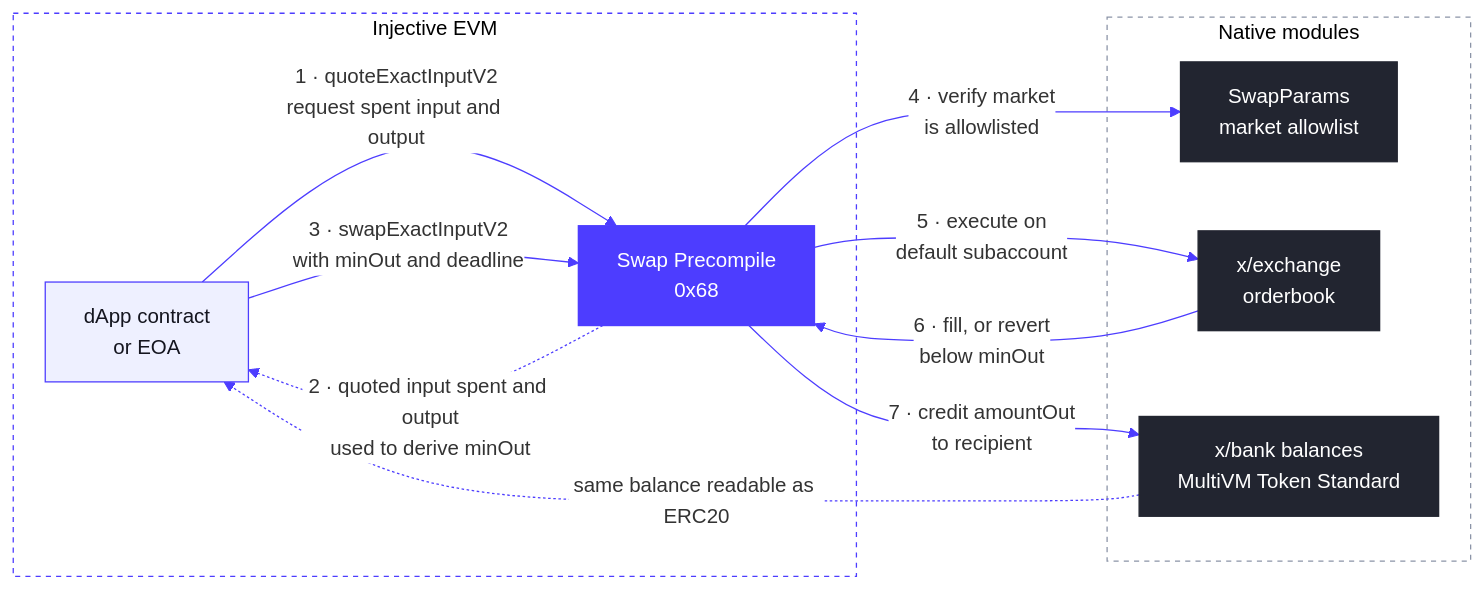
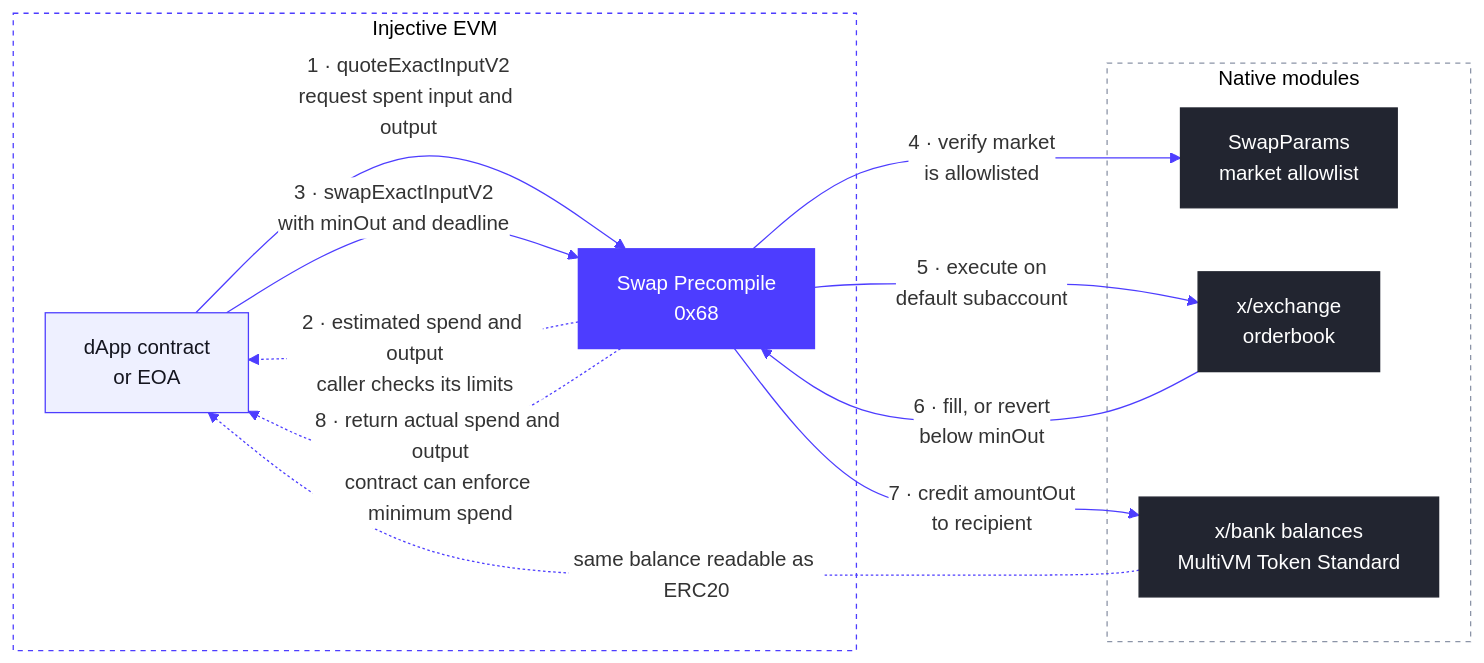
The diagram in .gitbook/developers-evm/swap-precompile.mdx (InjectiveLabs/injective-docs), drawn with Mermaid before and after one commit. The commit also changed other lines of this file and 6 other files, not shown here.

````diff
--- a/.gitbook/developers-evm/swap-precompile.mdx
+++ b/.gitbook/developers-evm/swap-precompile.mdx
@@ -28,30 +28,31 @@
 ```mermaid
 %%{init: {"theme": "base", "themeVariables": {"background": "#FFFFFF", "primaryColor": "#FFFFFF", "lineColor": "#4D3DFF", "textColor": "#14151F"}}}%%
 flowchart LR
     subgraph EVM["Injective EVM"]
         CALLER["dApp contract<br/>or EOA"]
         SWAP["Swap Precompile<br/>0x68"]
     end
     subgraph NATIVE["Native modules"]
         PARAMS["SwapParams<br/>market allowlist"]
         EXCH["x/exchange<br/>orderbook"]
         BANK["x/bank balances<br/>MultiVM Token Standard"]
     end
     CALLER -->|"1 · quoteExactInputV2<br/>request spent input and output"| SWAP
-    SWAP -.->|"2 · quoted input spent and output<br/>used to derive minOut"| CALLER
+    SWAP -.->|"2 · estimated spend and output<br/>caller checks its limits"| CALLER
     CALLER -->|"3 · swapExactInputV2<br/>with minOut and deadline"| SWAP
     SWAP -->|"4 · verify market<br/>is allowlisted"| PARAMS
     SWAP -->|"5 · execute on<br/>default subaccount"| EXCH
     EXCH -->|"6 · fill, or revert<br/>below minOut"| SWAP
     SWAP -->|"7 · credit amountOut<br/>to recipient"| BANK
+    SWAP -.->|"8 · return actual spend and output<br/>contract can enforce minimum spend"| CALLER
     BANK -.->|"same balance readable as ERC20"| CALLER
 
     classDef caller fill:#EEF0FF,stroke:#4D3DFF,color:#14151F
     classDef precompile fill:#4D3DFF,stroke:#4D3DFF,color:#FFFFFF
     classDef native fill:#222530,stroke:#222530,color:#FFFFFF
     class CALLER caller
     class SWAP precompile
     class PARAMS,EXCH,BANK native
     style EVM fill:#FFFFFF,stroke:#4D3DFF,stroke-dasharray:4
     style NATIVE fill:#FFFFFF,stroke:#8B94A7,stroke-dasharray:4
 ```
````
